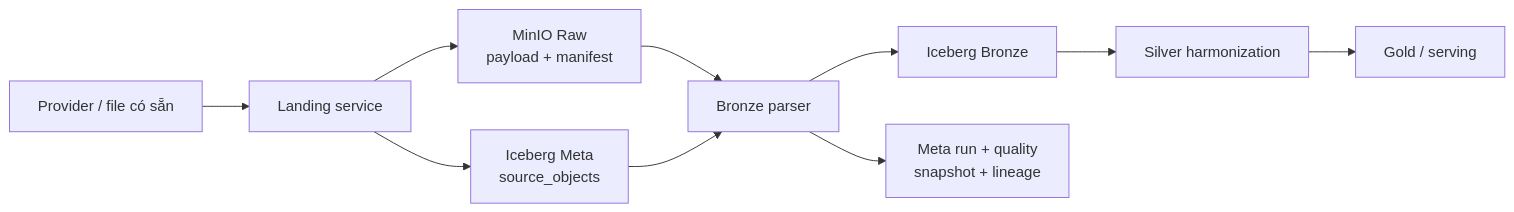
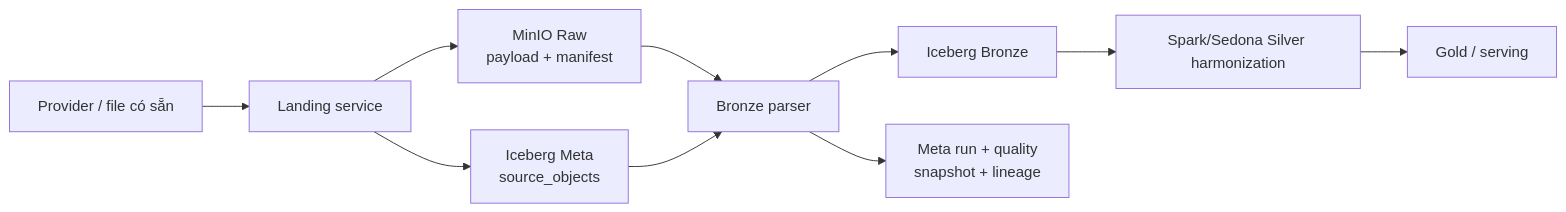
The first of 5 diagrams in docs/pipeline_architecture_and_roadmap.md (cloud-vmih/flood-lake-kg), drawn with Mermaid before and after one commit. The commit also changed other lines of this file and 463 other files, not shown here.

````diff
--- a/docs/pipeline_architecture_and_roadmap.md
+++ b/docs/pipeline_architecture_and_roadmap.md
@@ -29,12 +34,12 @@
 ```mermaid
 flowchart LR
   P["Provider / file có sẵn"] --> L["Landing service"]
   L --> R["MinIO Raw<br/>payload + manifest"]
   L --> M["Iceberg Meta<br/>source_objects"]
   R --> B["Bronze parser"]
   M --> B
   B --> BT["Iceberg Bronze"]
   B --> Q["Meta run + quality<br/>snapshot + lineage"]
-  BT --> S["Silver harmonization"]
+  BT --> S["Spark/Sedona Silver harmonization"]
   S --> G["Gold / serving"]
 ```
````
